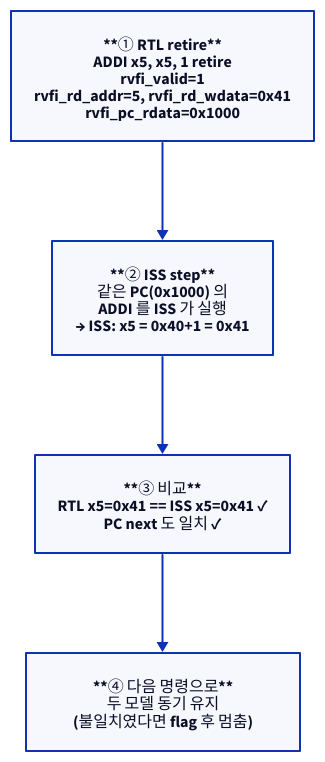
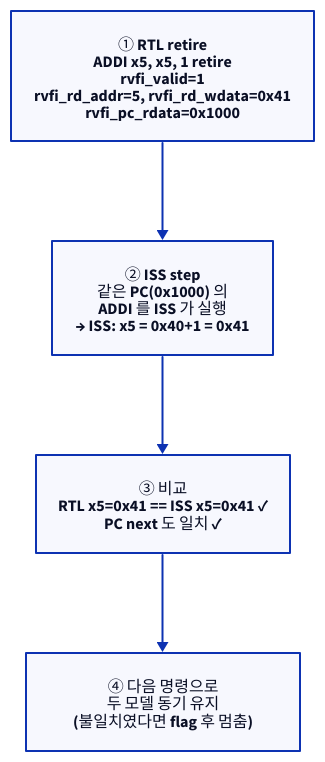
Before and after one commit to humbleowl39/DV_SKOOL: the second of 4 diagrams in starlight_site/src/content/docs/cpu_dv/02_step_and_compare.md, drawn with D2. The commit also changed other lines of this file and 714 other files, not shown here.

First line of the commit message:
fix(site): d2 다이어그램 가독성 결함 6종 일괄 수정

````diff
--- a/starlight_site/src/content/docs/cpu_dv/02_step_and_compare.md
+++ b/starlight_site/src/content/docs/cpu_dv/02_step_and_compare.md
@@ -91,10 +91,10 @@
 ```d2
 direction: down
 
-S1: "**① RTL retire**\nADDI x5, x5, 1 retire\nrvfi_valid=1\nrvfi_rd_addr=5, rvfi_rd_wdata=0x41\nrvfi_pc_rdata=0x1000"
-S2: "**② ISS step**\n같은 PC(0x1000) 의\nADDI 를 ISS 가 실행\n→ ISS: x5 = 0x40+1 = 0x41"
-S3: "**③ 비교**\nRTL x5=0x41 == ISS x5=0x41 ✓\nPC next 도 일치 ✓"
-S4: "**④ 다음 명령으로**\n두 모델 동기 유지\n(불일치였다면 flag 후 멈춤)"
+S1: "① RTL retire\nADDI x5, x5, 1 retire\nrvfi_valid=1\nrvfi_rd_addr=5, rvfi_rd_wdata=0x41\nrvfi_pc_rdata=0x1000"
+S2: "② ISS step\n같은 PC(0x1000) 의\nADDI 를 ISS 가 실행\n→ ISS: x5 = 0x40+1 = 0x41"
+S3: "③ 비교\nRTL x5=0x41 == ISS x5=0x41 ✓\nPC next 도 일치 ✓"
+S4: "④ 다음 명령으로\n두 모델 동기 유지\n(불일치였다면 flag 후 멈춤)"
 
 S1 -> S2 -> S3 -> S4
 ```
````
